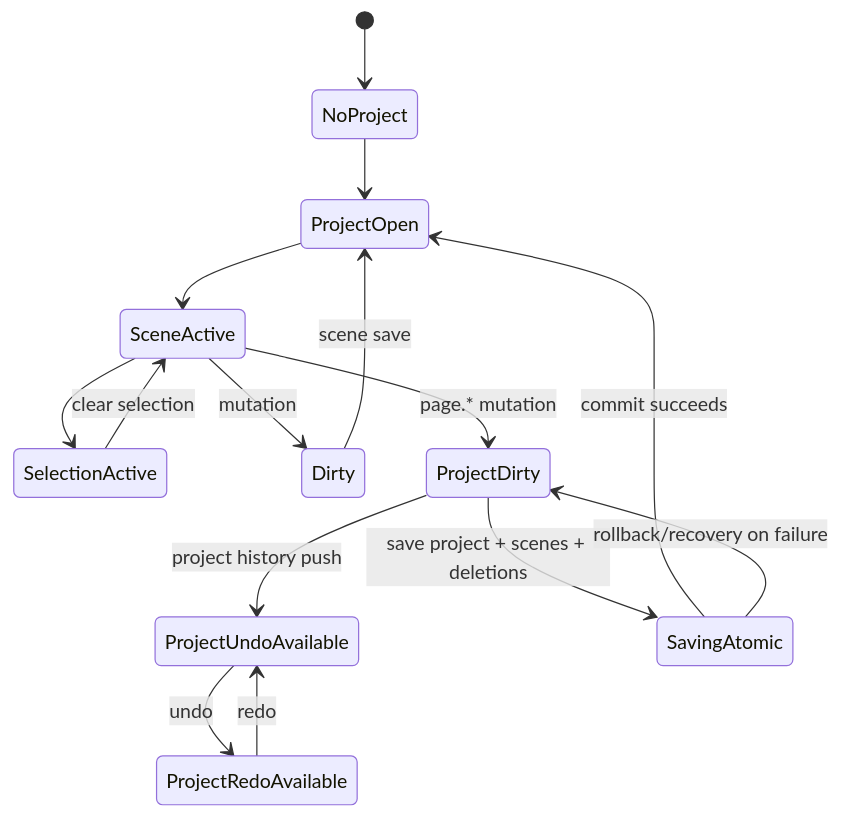
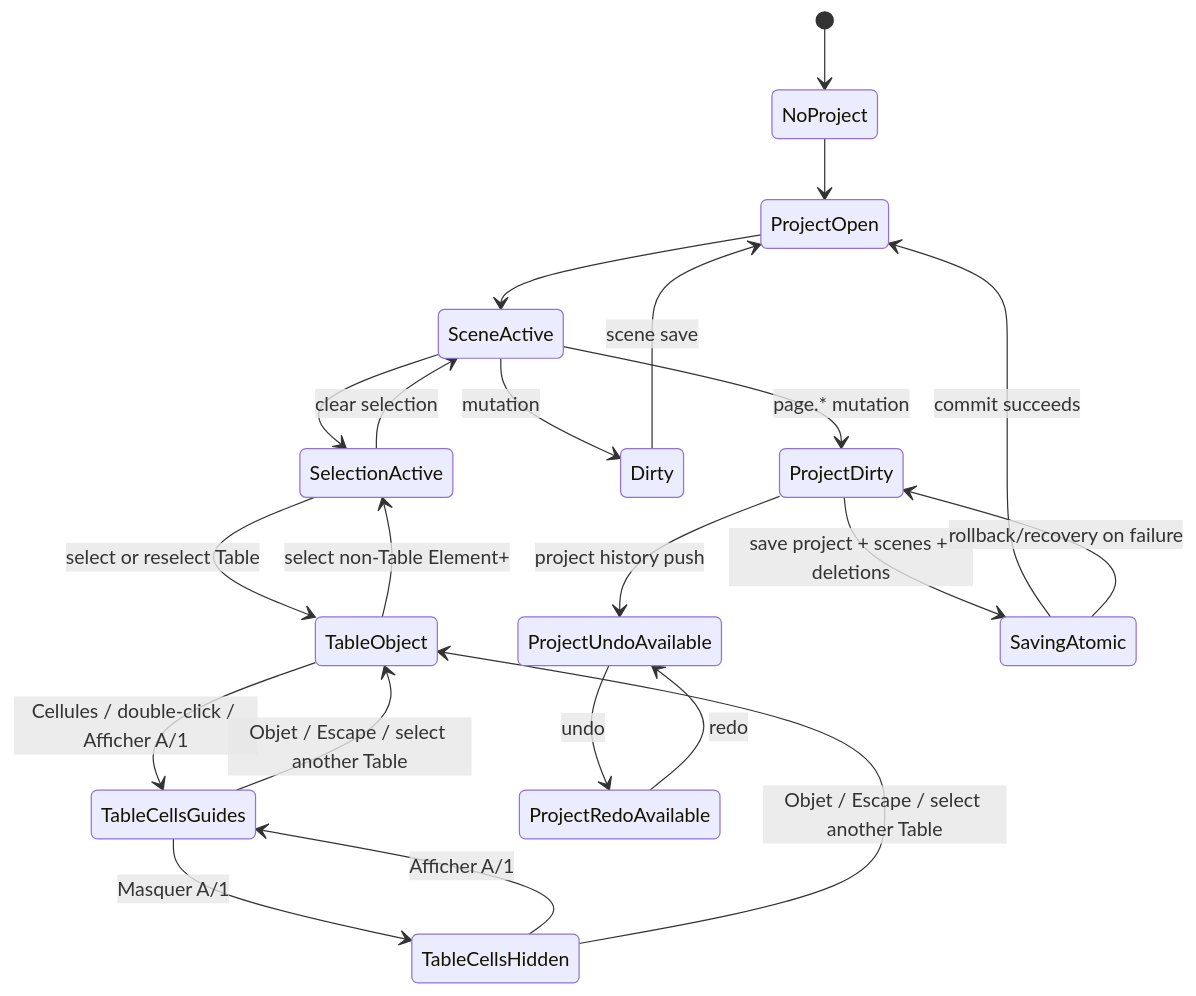
Before and after one commit to technologiesflorizon/scadabuilder: the diagram in docs/10_generated/STATE_FLOW_DIAGRAM_V2.md, drawn with Mermaid. The commit also changed other lines of this file and 12 other files, not shown here.

````diff
--- a/docs/10_generated/STATE_FLOW_DIAGRAM_V2.md
+++ b/docs/10_generated/STATE_FLOW_DIAGRAM_V2.md
@@ -14,17 +15,24 @@
 ```mermaid
 stateDiagram-v2
   [*] --> NoProject
   NoProject --> ProjectOpen
   ProjectOpen --> SceneActive
   SceneActive --> SelectionActive
   SelectionActive --> SceneActive: clear selection
+  SelectionActive --> TableObject: select or reselect Table
+  TableObject --> TableCellsGuides: Cellules / double-click / Afficher A/1
+  TableCellsGuides --> TableCellsHidden: Masquer A/1
+  TableCellsHidden --> TableCellsGuides: Afficher A/1
+  TableCellsGuides --> TableObject: Objet / Escape / select another Table
+  TableCellsHidden --> TableObject: Objet / Escape / select another Table
+  TableObject --> SelectionActive: select non-Table Element+
   SceneActive --> Dirty: mutation
   SceneActive --> ProjectDirty: page.* mutation
   ProjectDirty --> ProjectUndoAvailable: project history push
   ProjectUndoAvailable --> ProjectRedoAvailable: undo
   ProjectRedoAvailable --> ProjectUndoAvailable: redo
   ProjectDirty --> SavingAtomic: save project + scenes + deletions
   SavingAtomic --> ProjectOpen: commit succeeds
   SavingAtomic --> ProjectDirty: rollback/recovery on failure
   Dirty --> ProjectOpen: scene save
 ```
````
